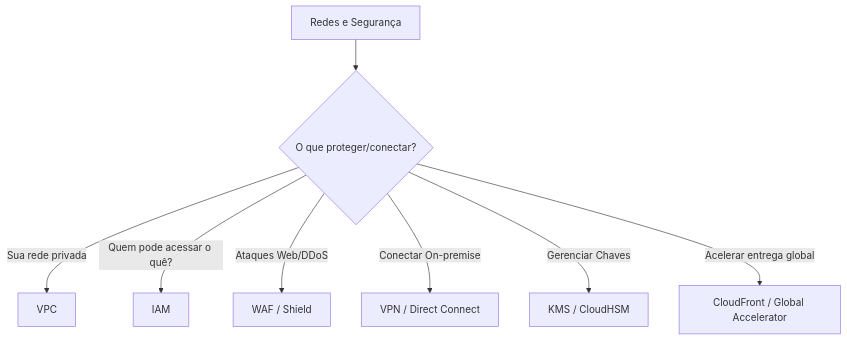
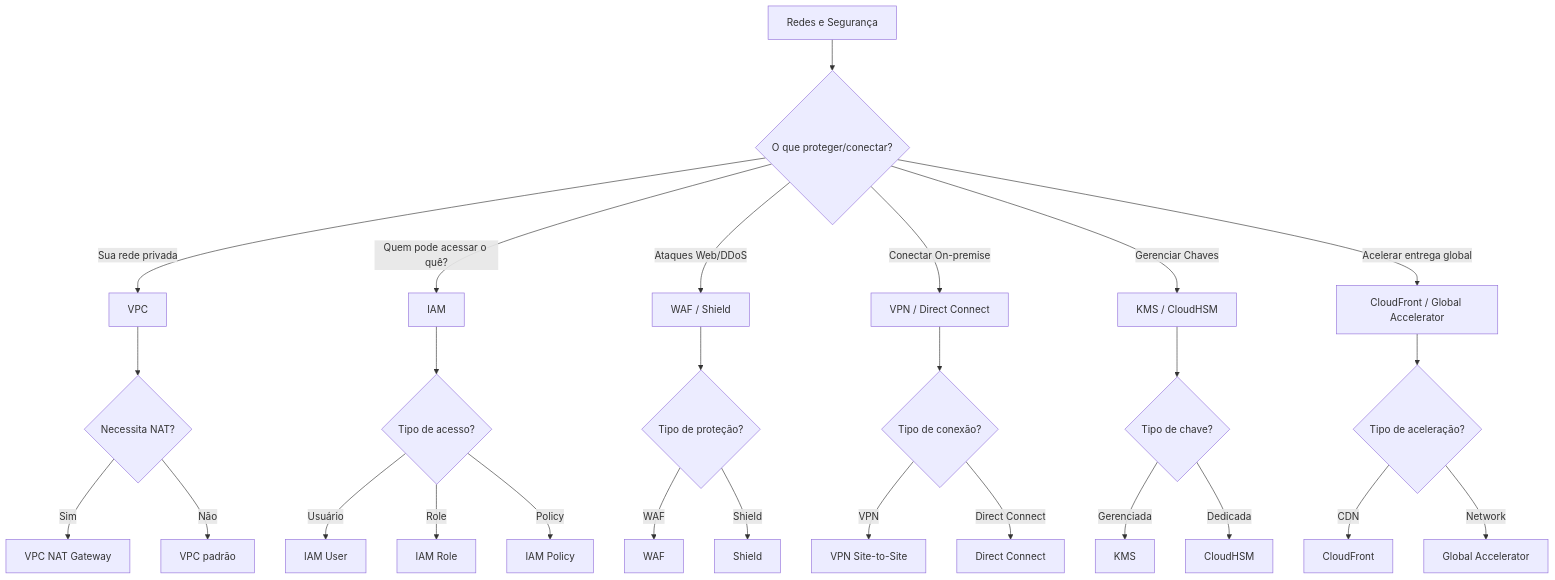
Before and after one commit to marcelooliveira/flashcards-aws: the ninth of 10 diagrams in FlashCards/Web/wwwroot/minimal/decision-trees-aws-services.md, drawn with Mermaid. The commit also changed other lines of this file, not shown here.

````diff
--- a/FlashCards/Web/wwwroot/minimal/decision-trees-aws-services.md
+++ b/FlashCards/Web/wwwroot/minimal/decision-trees-aws-services.md
@@ -115,10 +245,29 @@
 ```mermaid
 graph TD
     A[Redes e Segurança] --> B{O que proteger/conectar?}
     B -- Sua rede privada --> C[VPC]
+    C --> C1{Necessita NAT?}
+    C1 -- Sim --> C2[VPC NAT Gateway]
+    C1 -- Não --> C3[VPC padrão]
     B -- Quem pode acessar o quê? --> D[IAM]
+    D --> D1{Tipo de acesso?}
+    D1 -- Usuário --> D2[IAM User]
+    D1 -- Role --> D3[IAM Role]
+    D1 -- Policy --> D4[IAM Policy]
     B -- Ataques Web/DDoS --> E[WAF / Shield]
+    E --> E1{Tipo de proteção?}
+    E1 -- WAF --> E2[WAF]
+    E1 -- Shield --> E3[Shield]
     B -- Conectar On-premise --> F[VPN / Direct Connect]
+    F --> F1{Tipo de conexão?}
+    F1 -- VPN --> F2[VPN Site-to-Site]
+    F1 -- Direct Connect --> F3[Direct Connect]
     B -- Gerenciar Chaves --> G[KMS / CloudHSM]
+    G --> G1{Tipo de chave?}
+    G1 -- Gerenciada --> G2[KMS]
+    G1 -- Dedicada --> G3[CloudHSM]
     B -- Acelerar entrega global --> H[CloudFront / Global Accelerator]
+    H --> H1{Tipo de aceleração?}
+    H1 -- CDN --> H2[CloudFront]
+    H1 -- Network --> H3[Global Accelerator]
 ```
````
